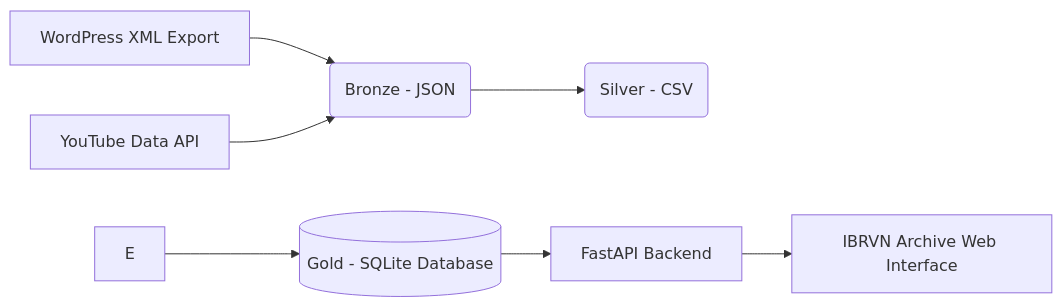
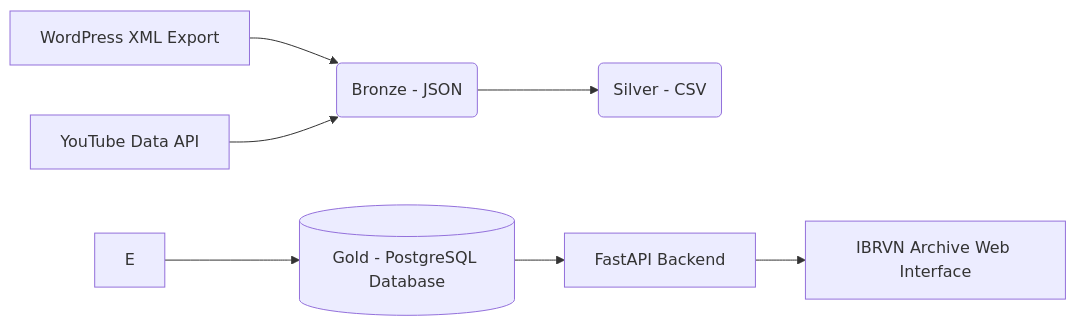
Before and after one commit to samuelnoll/ibrvn-archive: the first of 3 diagrams in README.md, drawn with Mermaid. The commit also changed other lines of this file and 17 other files, not shown here.

Commit message:
Changing from SQLite to Postgre

````diff
--- a/README.md
+++ b/README.md
@@ -69,14 +69,14 @@
 ``` mermaid
 flowchart LR
 
 A[WordPress XML Export] --> B(Bronze - XML)
 C[YouTube Data API] --> B(Bronze - JSON)
 
 B --> D(Silver - CSV)
 
-E --> W[(Gold - SQLite Database)]
+E --> W[(Gold - PostgreSQL Database)]
 
 W --> F[FastAPI Backend]
 
 F --> G[IBRVN Archive Web Interface]
 ```
````
